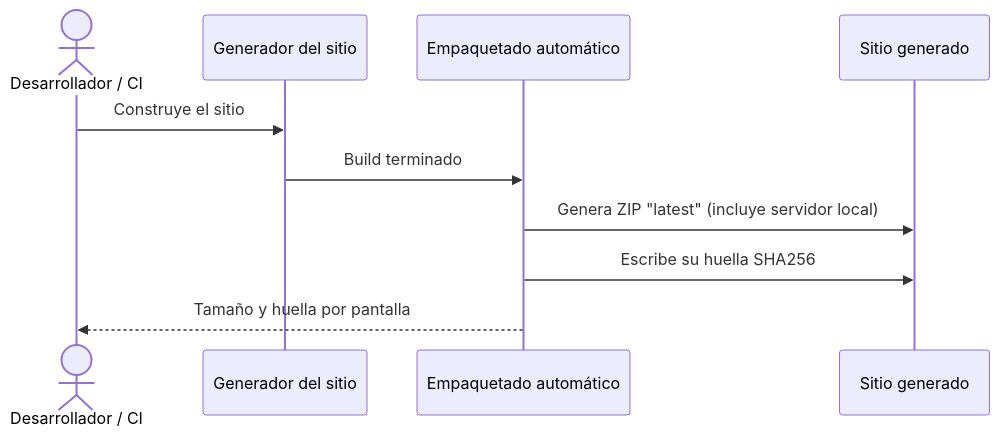
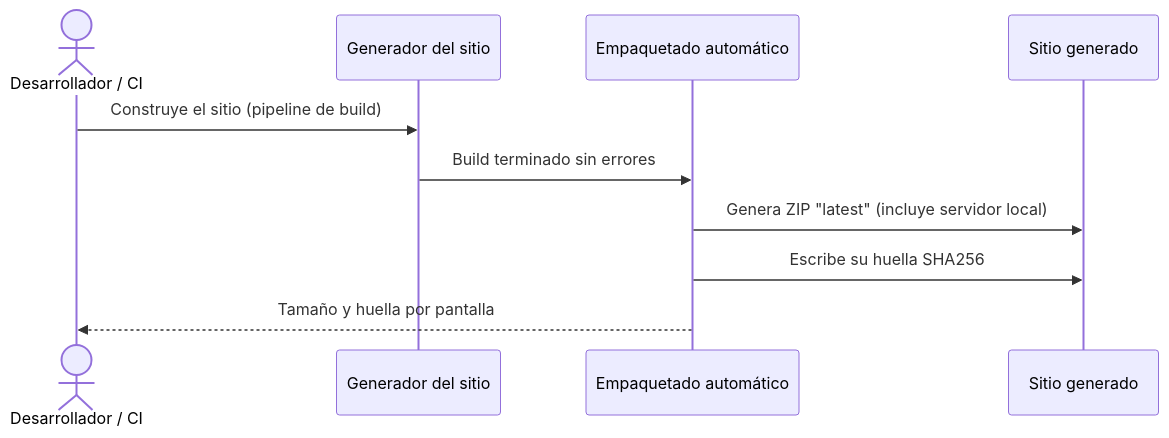
Before and after one commit to fmanza/doc_ia: the first of 2 diagrams in docs/functional/build_docs_zip.md, drawn with Mermaid. The commit also changed other lines of this file and 34 other files, not shown here.

````diff
--- a/docs/functional/build_docs_zip.md
+++ b/docs/functional/build_docs_zip.md
@@ -56,15 +56,15 @@
 ```mermaid
 sequenceDiagram
     accTitle: ZIP latest tras cada build
     accDescr: Al terminar el build, el empaquetado automático genera el ZIP latest con el servidor local y su huella SHA256, e informa del tamaño y la huella.
     actor Dev as Desarrollador / CI
     participant Gen as Generador del sitio
     participant Hook as Empaquetado automático
     participant Site as Sitio generado
 
-    Dev->>Gen: Construye el sitio
-    Gen->>Hook: Build terminado
+    Dev->>Gen: Construye el sitio (pipeline de build)
+    Gen->>Hook: Build terminado sin errores
     Hook->>Site: Genera ZIP "latest" (incluye servidor local)
     Hook->>Site: Escribe su huella SHA256
     Hook-->>Dev: Tamaño y huella por pantalla
 ```
````
